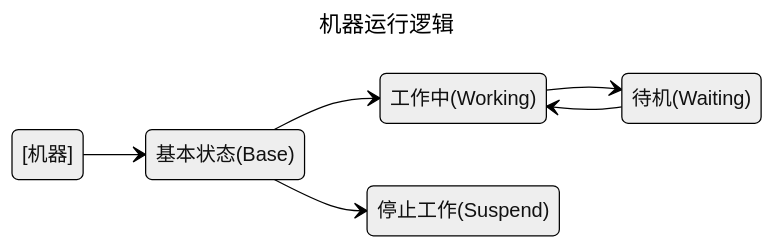
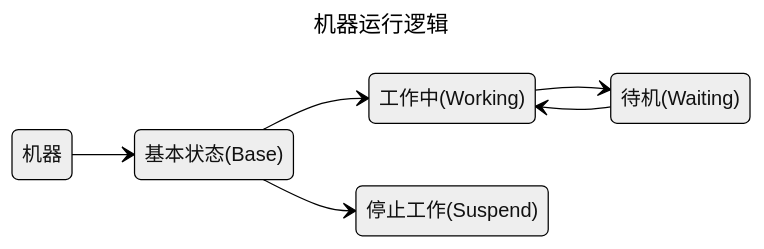
One commit to CrychicTeam/CrychicDoc changed the diagram in docs/zh/mods/custom/MBD2/SingleBlockBasic.md. Above: the diagram before and after it, drawn with Mermaid (neutral theme). The commit also changed 1 other file, not shown here.

Commit message:
Fix changelog issue.

````diff
--- a/docs/zh/mods/custom/MBD2/SingleBlockBasic.md
+++ b/docs/zh/mods/custom/MBD2/SingleBlockBasic.md
@@ -14,13 +14,13 @@
 ```mermaid
 ---
 title: 机器运行逻辑
 ---
 stateDiagram-v2
     direction LR
-    [机器] --> 基本状态(Base)
+    机器 --> 基本状态(Base)
 
     基本状态(Base) --> 工作中(Working)
     工作中(Working) --> 待机(Waiting)
     待机(Waiting) --> 工作中(Working)
     基本状态(Base) --> 停止工作(Suspend)
 ```
````
